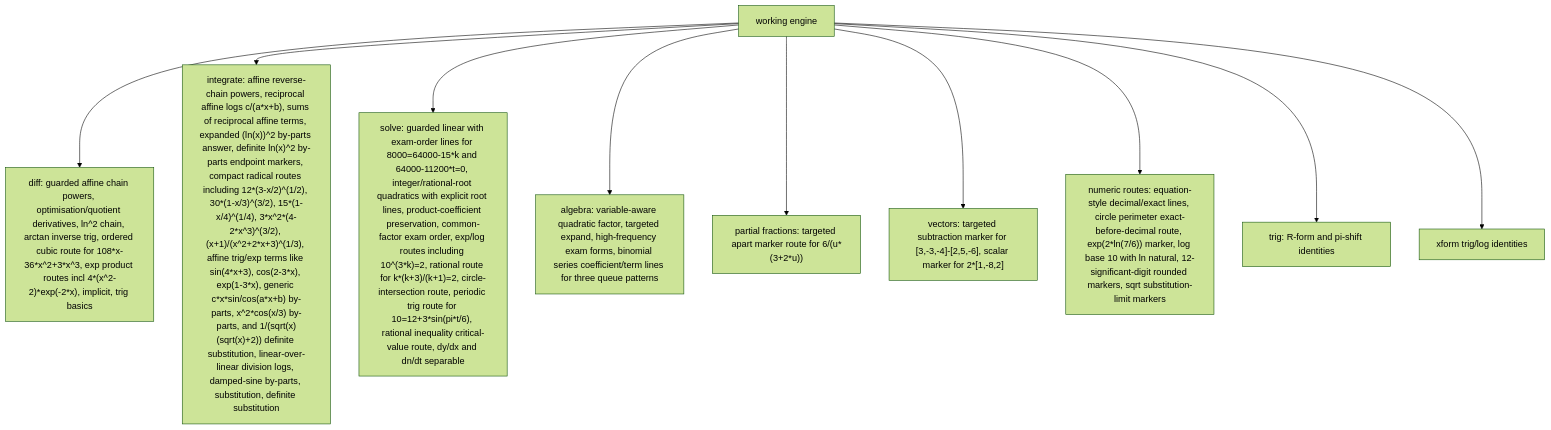
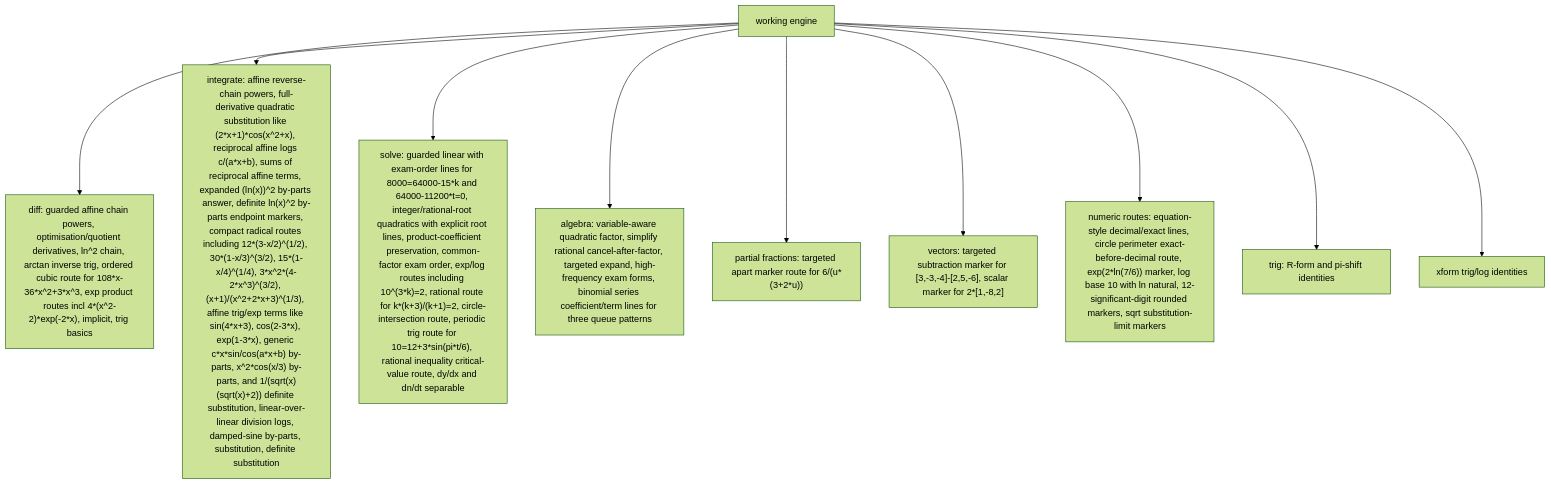
One commit to james8464/notes-addin-casio-fx-cg50 changed the third of 6 diagrams in docs/GRAPH.md. Above: the diagram before and after it, drawn with Mermaid (forest theme). The commit also changed other lines of this file and 7 other files, not shown here.

````diff
--- a/docs/GRAPH.md
+++ b/docs/GRAPH.md
@@ -36,12 +36,12 @@
 ```mermaid
 graph TD
   Work["working engine"] --> Diff["diff: guarded affine chain powers, optimisation/quotient derivatives, ln^2 chain, arctan inverse trig, ordered cubic route for 108*x-36*x^2+3*x^3, exp product routes incl 4*(x^2-2)*exp(-2*x), implicit, trig basics"]
-  Work --> Int["integrate: affine reverse-chain powers, reciprocal affine logs c/(a*x+b), sums of reciprocal affine terms, expanded (ln(x))^2 by-parts answer, definite ln(x)^2 by-parts endpoint markers, compact radical routes including 12*(3-x/2)^(1/2), 30*(1-x/3)^(3/2), 15*(1-x/4)^(1/4), 3*x^2*(4-2*x^3)^(3/2), (x+1)/(x^2+2*x+3)^(1/3), affine trig/exp terms like sin(4*x+3), cos(2-3*x), exp(1-3*x), generic c*x*sin/cos(a*x+b) by-parts, x^2*cos(x/3) by-parts, and 1/(sqrt(x)(sqrt(x)+2)) definite substitution, linear-over-linear division logs, damped-sine by-parts, substitution, definite substitution"]
+  Work --> Int["integrate: affine reverse-chain powers, full-derivative quadratic substitution like (2*x+1)*cos(x^2+x), reciprocal affine logs c/(a*x+b), sums of reciprocal affine terms, expanded (ln(x))^2 by-parts answer, definite ln(x)^2 by-parts endpoint markers, compact radical routes including 12*(3-x/2)^(1/2), 30*(1-x/3)^(3/2), 15*(1-x/4)^(1/4), 3*x^2*(4-2*x^3)^(3/2), (x+1)/(x^2+2*x+3)^(1/3), affine trig/exp terms like sin(4*x+3), cos(2-3*x), exp(1-3*x), generic c*x*sin/cos(a*x+b) by-parts, x^2*cos(x/3) by-parts, and 1/(sqrt(x)(sqrt(x)+2)) definite substitution, linear-over-linear division logs, damped-sine by-parts, substitution, definite substitution"]
   Work --> Solve["solve: guarded linear with exam-order lines for 8000=64000-15*k and 64000-11200*t=0, integer/rational-root quadratics with explicit root lines, product-coefficient preservation, common-factor exam order, exp/log routes including 10^(3*k)=2, rational route for k*(k+3)/(k+1)=2, circle-intersection route, periodic trig route for 10=12+3*sin(pi*t/6), rational inequality critical-value route, dy/dx and dn/dt separable"]
-  Work --> Alg["algebra: variable-aware quadratic factor, targeted expand, high-frequency exam forms, binomial series coefficient/term lines for three queue patterns"]
+  Work --> Alg["algebra: variable-aware quadratic factor, simplify rational cancel-after-factor, targeted expand, high-frequency exam forms, binomial series coefficient/term lines for three queue patterns"]
   Work --> PF["partial fractions: targeted apart marker route for 6/(u*(3+2*u))"]
   Work --> Vec["vectors: targeted subtraction marker for [3,-3,-4]-[2,5,-6], scalar marker for 2*[1,-8,2]"]
   Work --> Num["numeric routes: equation-style decimal/exact lines, circle perimeter exact-before-decimal route, exp(2*ln(7/6)) marker, log base 10 with ln natural, 12-significant-digit rounded markers, sqrt substitution-limit markers"]
   Work --> Trig["trig: R-form and pi-shift identities"]
   Work --> Xform["xform trig/log identities"]
 ```
````
